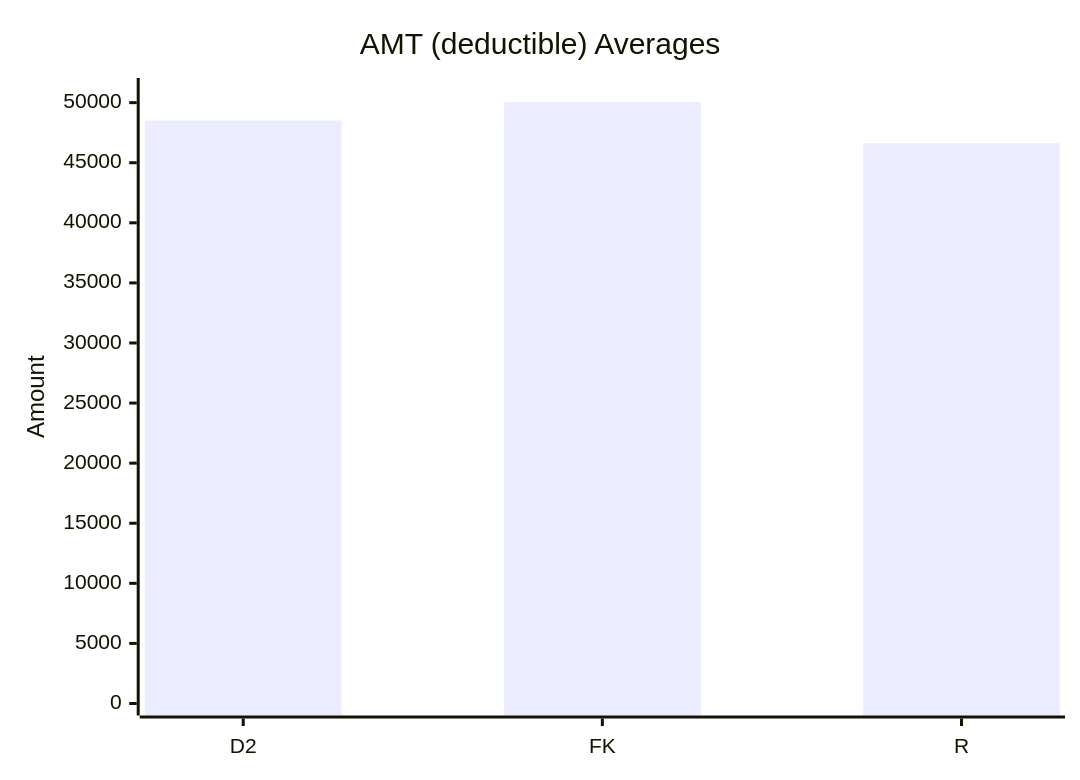
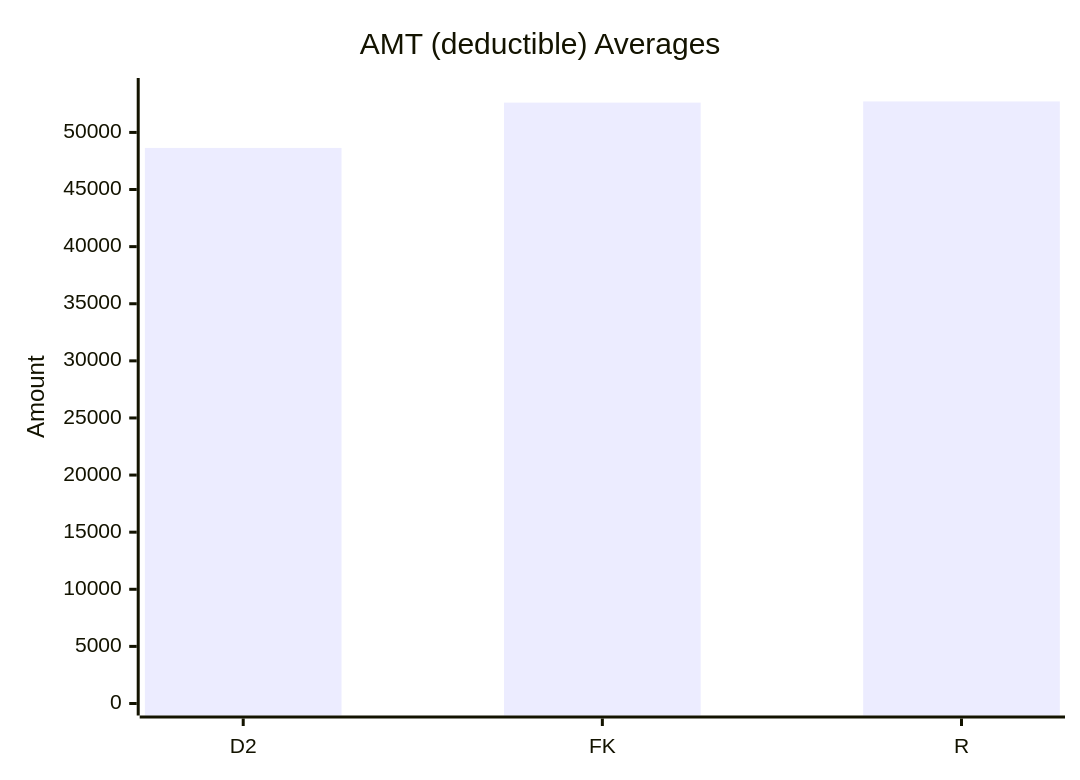
The ninth of 10 diagrams in test-tools/DataGen/src/Statistics_Visualizer.md (dhagan-va/intern-2025), drawn with Mermaid before and after one commit. The commit also changed other lines of this file and 9 other files, not shown here.

````diff
--- a/test-tools/DataGen/src/Statistics_Visualizer.md
+++ b/test-tools/DataGen/src/Statistics_Visualizer.md
@@ -96,7 +96,7 @@
 ```mermaid
 xychart-beta
     title "AMT (deductible) Averages"
     x-axis ["D2", "FK", "R"]
-    y-axis "Amount" 0 --> 51052.58346534653
-    bar [48506.10663366336, 50052.58346534653, 46622.208415841575]
+    y-axis "Amount" 0 --> 53713.8785148515
+    bar [48640.78673267327, 52609.03396039604, 52713.8785148515]
 ```
````
